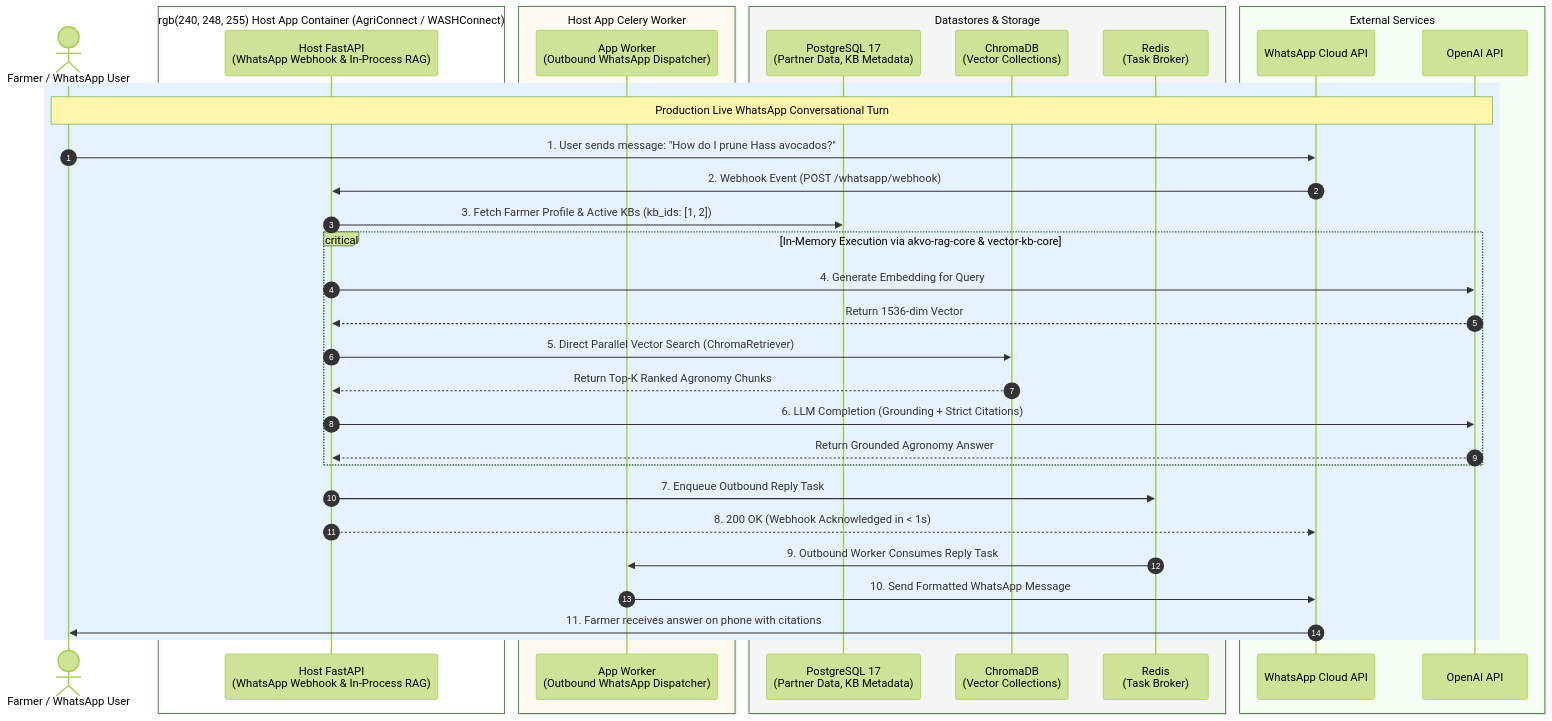
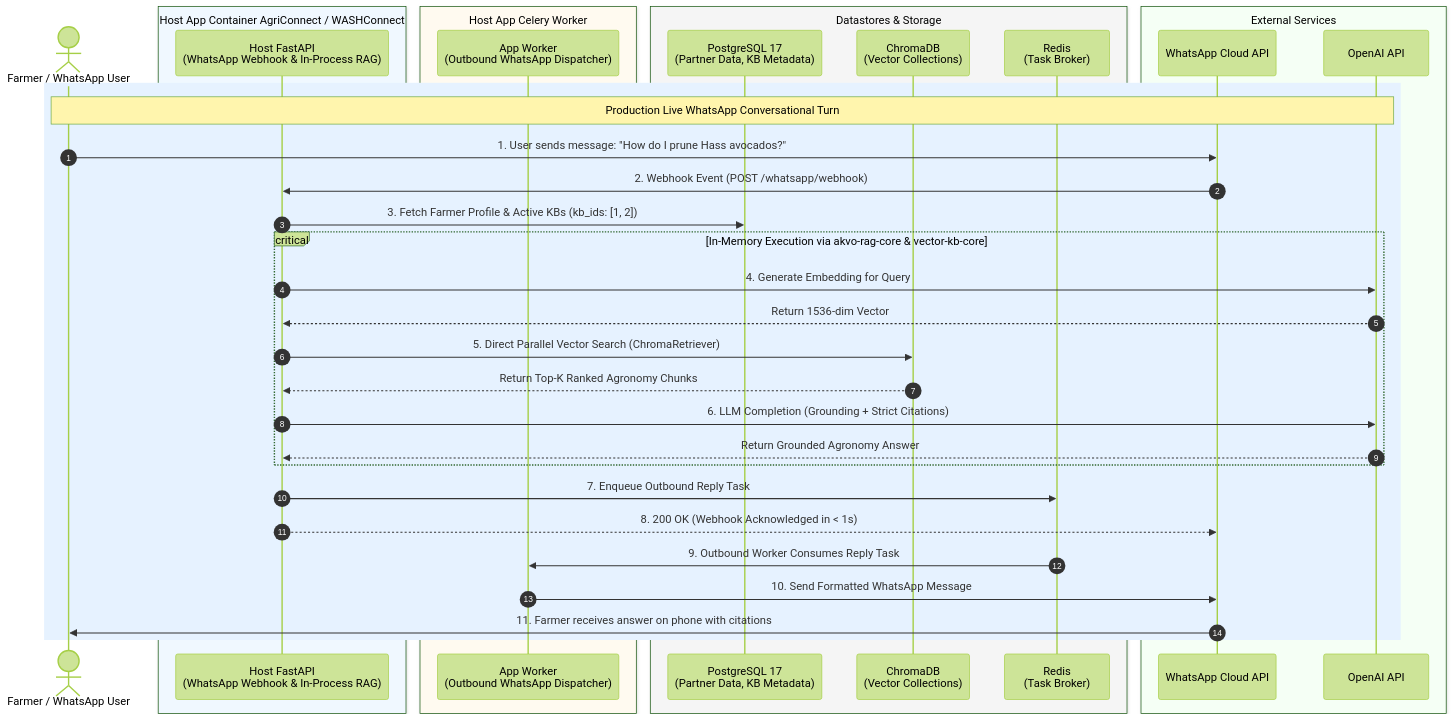
The second of 2 diagrams in docs/docker_compose_sequence_diagram.md (akvo/akvo-rag), drawn with Mermaid (forest theme) before and after one commit. The commit also changed other lines of this file, not shown here.

Commit message:
Update sequence diagram

````diff
--- a/docs/docker_compose_sequence_diagram.md
+++ b/docs/docker_compose_sequence_diagram.md
@@ -97,47 +97,47 @@
 ```mermaid
 sequenceDiagram
     autonumber
     actor Farmer as Farmer / WhatsApp User
-    
-    box rgb(240, 248, 255) Host App Container (AgriConnect / WASHConnect)
+
+    box rgb(240, 248, 255) Host App Container AgriConnect / WASHConnect
         participant HostAPI as Host FastAPI<br/>(WhatsApp Webhook & In-Process RAG)
     end
-    
+
     box rgb(255, 250, 240) Host App Celery Worker
         participant OutboundWorker as App Worker<br/>(Outbound WhatsApp Dispatcher)
     end
-    
+
     box rgb(245, 245, 245) Datastores & Storage
         participant PG as PostgreSQL 17<br/>(Partner Data, KB Metadata)
         participant Chroma as ChromaDB<br/>(Vector Collections)
         participant Redis as Redis<br/>(Task Broker)
     end
-    
+
     box rgb(245, 255, 245) External Services
         participant WhatsApp as WhatsApp Cloud API
         participant OpenAI as OpenAI API
     end
 
     rect rgb(230, 242, 255)
         note over Farmer, OpenAI: Production Live WhatsApp Conversational Turn
         Farmer->>WhatsApp: 1. User sends message: "How do I prune Hass avocados?"
         WhatsApp->>HostAPI: 2. Webhook Event (POST /whatsapp/webhook)
         HostAPI->>PG: 3. Fetch Farmer Profile & Active KBs (kb_ids: [1, 2])
-        
+
         critical In-Memory Execution via akvo-rag-core & vector-kb-core
             HostAPI->>OpenAI: 4. Generate Embedding for Query
             OpenAI-->>HostAPI: Return 1536-dim Vector
             HostAPI->>Chroma: 5. Direct Parallel Vector Search (ChromaRetriever)
             Chroma-->>HostAPI: Return Top-K Ranked Agronomy Chunks
             HostAPI->>OpenAI: 6. LLM Completion (Grounding + Strict Citations)
             OpenAI-->>HostAPI: Return Grounded Agronomy Answer
         end
-        
+
         HostAPI->>Redis: 7. Enqueue Outbound Reply Task
         HostAPI-->>WhatsApp: 8. 200 OK (Webhook Acknowledged in < 1s)
-        
+
         Redis->>OutboundWorker: 9. Outbound Worker Consumes Reply Task
         OutboundWorker->>WhatsApp: 10. Send Formatted WhatsApp Message
         WhatsApp->>Farmer: 11. Farmer receives answer on phone with citations
     end
 ```
````
